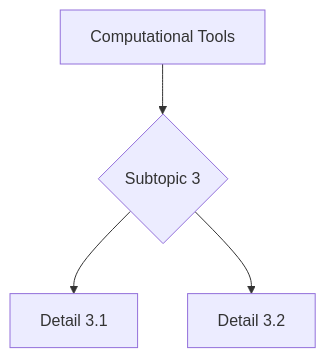
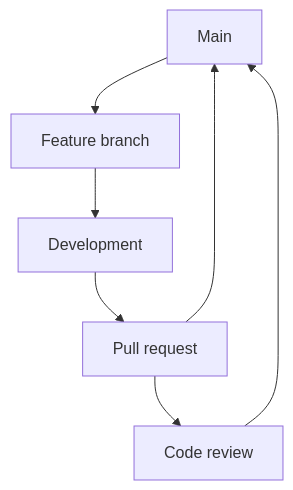
The third of 5 diagrams in 02_MSc_DataDriven_Modeling/core_courses/MSDM_5001/README.md (yip-lgtm/PhysicsSelfStudy), drawn with Mermaid before and after one commit. The commit also changed other lines of this file and 21 other files, not shown here.

Commit message:
PhysicsSelfStudy: MSc QFT/String/AdS-CFT/Cosmology/Particle/Neutrino/QI/TQC + MSDM computational tools (batch v2 completed)

````diff
--- a/02_MSc_DataDriven_Modeling/core_courses/MSDM_5001/README.md
+++ b/02_MSc_DataDriven_Modeling/core_courses/MSDM_5001/README.md
@@ -275,6 +319,9 @@
 ```mermaid
 graph TD
-    A[Computational Tools] --> B{Subtopic 3}
-    B --> C[Detail 3.1]
-    B --> D[Detail 3.2]
+    A[Main] --> B[Feature branch]
+    B --> C[Development]
+    C --> D[Pull request]
+    D --> A
+    D --> E[Code review]
+    E --> A
 ```
````
